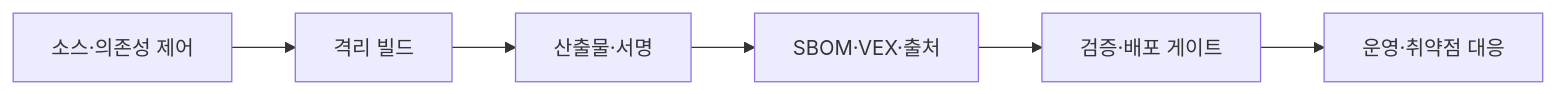
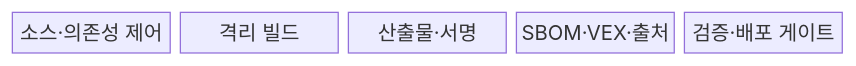
The first of 2 diagrams in src/content/docs/notes/05-security/076_supply_chain_security_sbom_vex.md (agnusdei1207/knowledge-base), drawn with Mermaid before and after one commit. The commit also changed other lines of this file and 8 other files, not shown here.

````diff
--- a/src/content/docs/notes/05-security/076_supply_chain_security_sbom_vex.md
+++ b/src/content/docs/notes/05-security/076_supply_chain_security_sbom_vex.md
@@ -63,8 +59,9 @@
 ```mermaid
-flowchart LR
-    A[소스·의존성 제어] --> B[격리 빌드]
-    B --> C[산출물·서명]
-    C --> D[SBOM·VEX·출처]
-    D --> E[검증·배포 게이트]
-    E --> F[운영·취약점 대응]
+block-beta
+  columns 5
+  A["소스·의존성 제어"]
+  B["격리 빌드"]
+  C["산출물·서명"]
+  D["SBOM·VEX·출처"]
+  E["검증·배포 게이트"]
 ```
````
